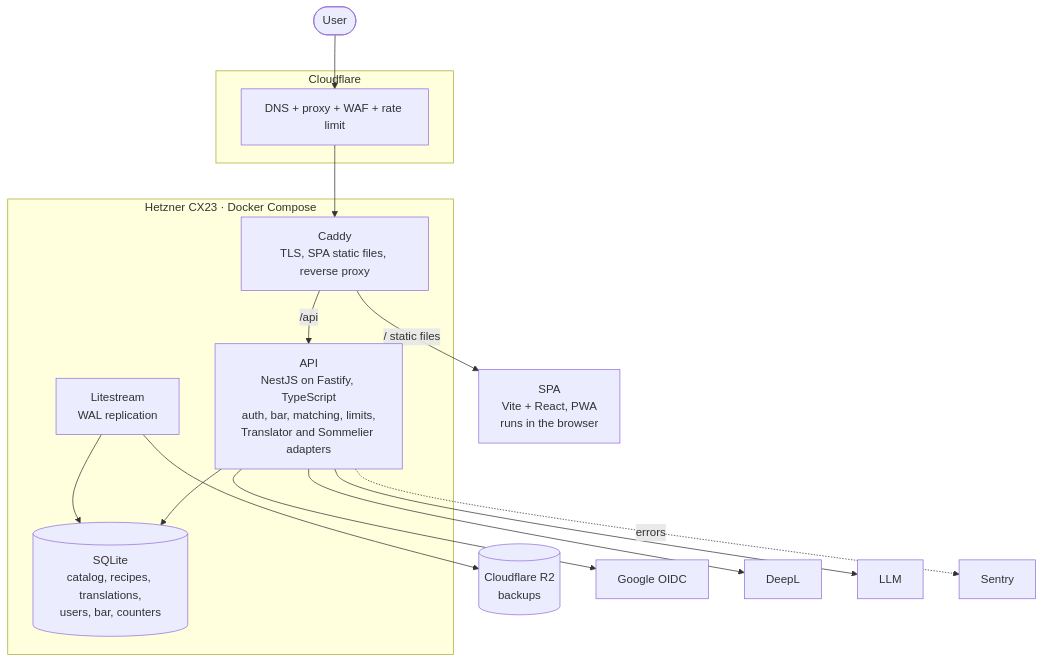
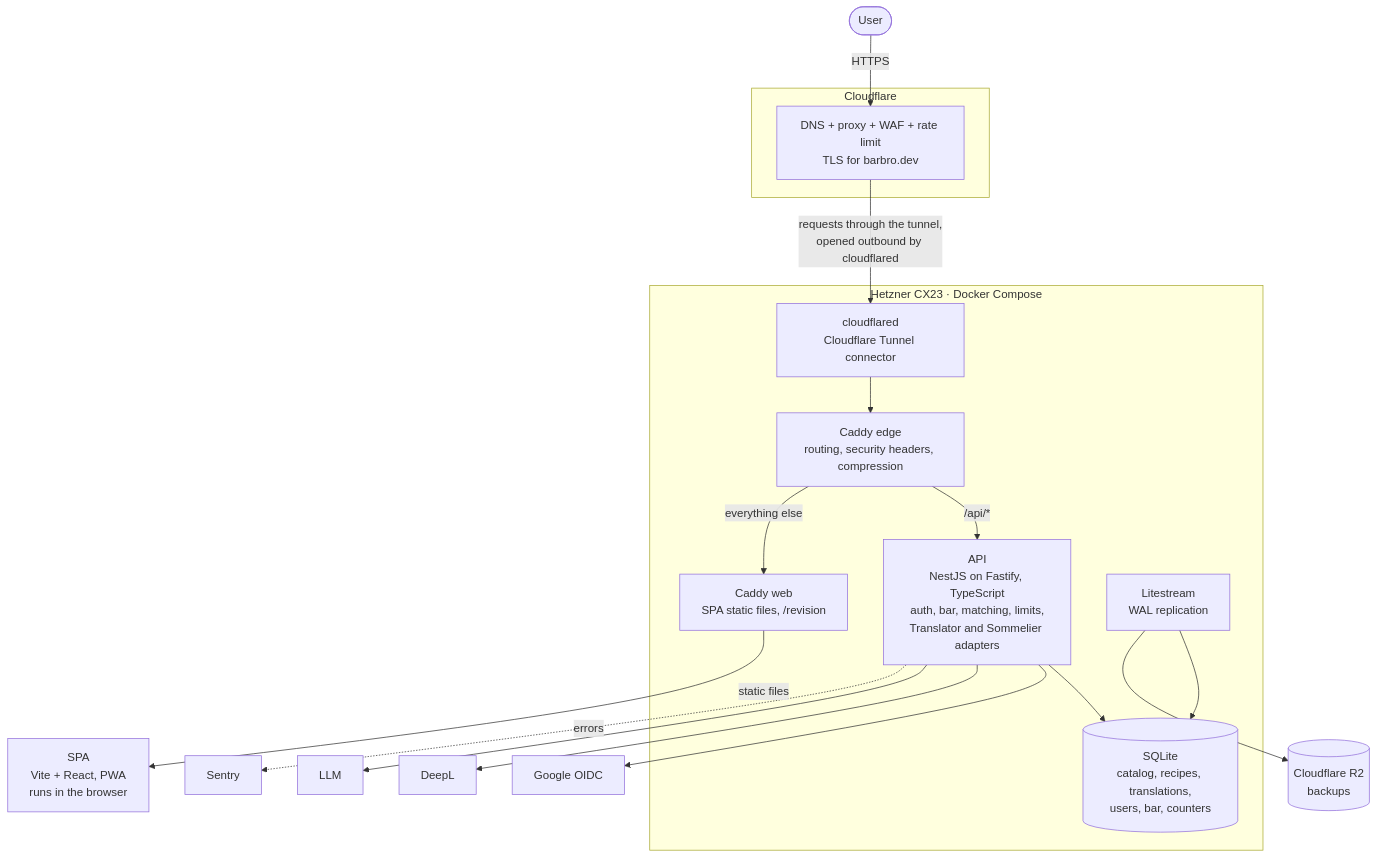
Before and after one commit to sergei-solonitcyn/barbro-docs: the second of 7 diagrams in architecture.md, drawn with Mermaid. The commit also changed other lines of this file and 5 other files, not shown here.

First line of the commit message:
docs(adr): amend ADR-0006 with Cloudflare Tunnel for ingress and domain setup

````diff
--- a/architecture.md
+++ b/architecture.md
@@ -26,29 +26,34 @@
 ```mermaid
 flowchart TB
   user([User])
   subgraph cf[Cloudflare]
-    proxy[DNS + proxy + WAF + rate limit]
+    proxy[DNS + proxy + WAF + rate limit<br/>TLS for barbro.dev]
   end
   subgraph vps[Hetzner CX23 · Docker Compose]
-    caddy[Caddy<br/>TLS, SPA static files, reverse proxy]
+    tunnel[cloudflared<br/>Cloudflare Tunnel connector]
+    edge[Caddy edge<br/>routing, security headers, compression]
+    web[Caddy web<br/>SPA static files, /revision]
     api[API<br/>NestJS on Fastify, TypeScript<br/>auth, bar, matching, limits,<br/>Translator and Sommelier adapters]
     db[(SQLite<br/>catalog, recipes, translations,<br/>users, bar, counters)]
     ls[Litestream<br/>WAL replication]
   end
   spa[SPA<br/>Vite + React, PWA<br/>runs in the browser]
   r2[(Cloudflare R2<br/>backups)]
   google[Google OIDC]
   deepl[DeepL]
   llm[LLM]
   sentry[Sentry]
-  user --> proxy --> caddy
-  caddy -->|/ static files| spa
-  caddy -->|/api| api
+  user -->|HTTPS| proxy
+  proxy -->|requests through the tunnel,<br/>opened outbound by cloudflared| tunnel
+  tunnel --> edge
+  edge -->|/api/*| api
+  edge -->|everything else| web
+  web -->|static files| spa
   api --> db
   ls --> db
   ls --> r2
   api --> google
   api --> deepl
   api --> llm
   api -.errors.-> sentry
 ```
````
